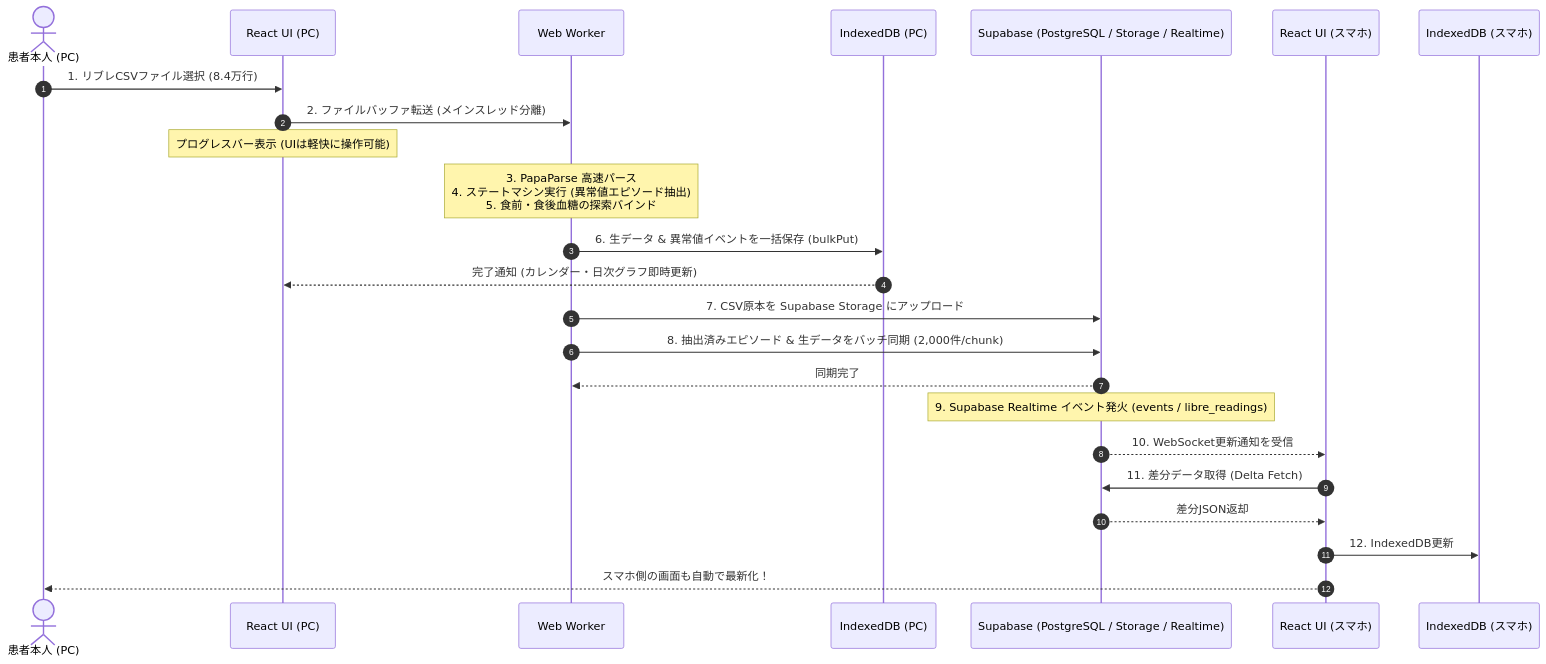
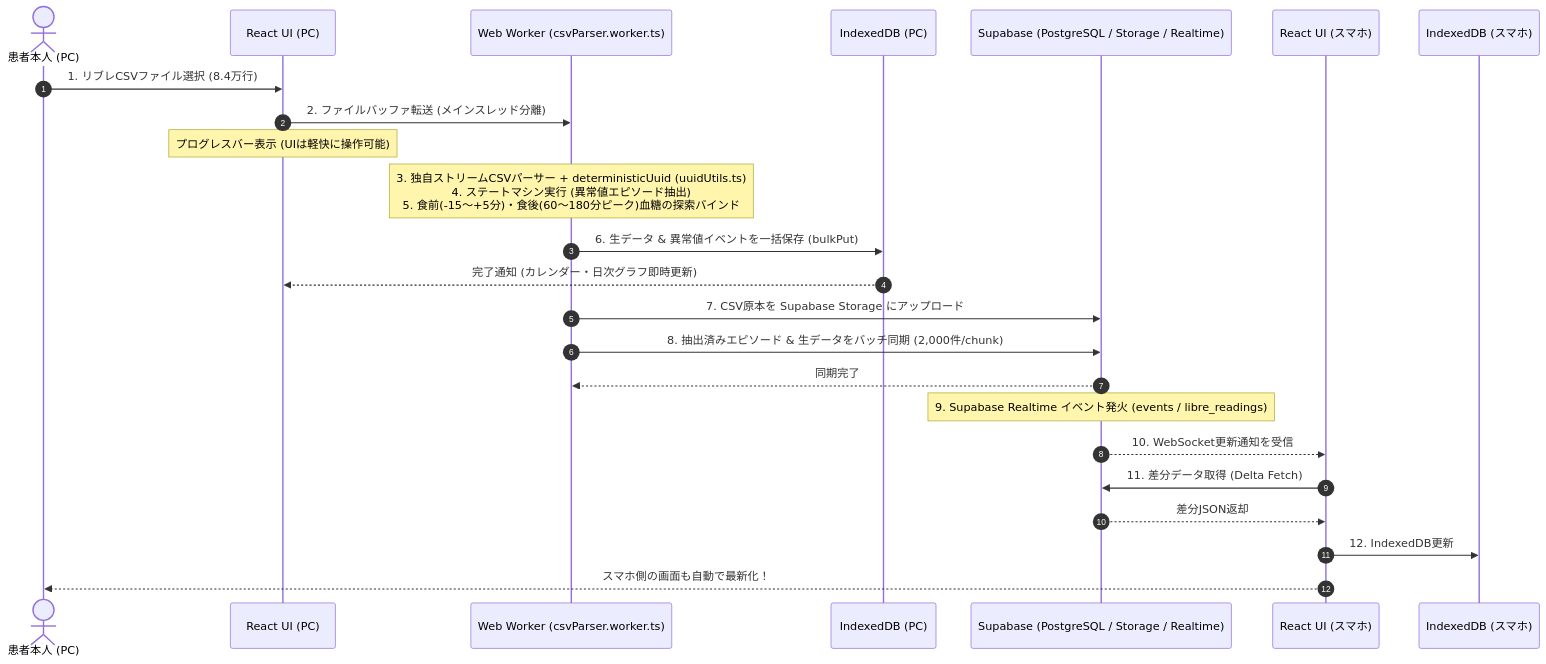
One commit to inzm/cgm-diabetes-manager-demo changed the third of 4 diagrams in docs/Web_Project/diagrams/SEQUENCE_AND_ERD.md. Above: the diagram before and after it, drawn with Mermaid. The commit also changed other lines of this file and 26 other files, not shown here.

````diff
--- a/docs/Web_Project/diagrams/SEQUENCE_AND_ERD.md
+++ b/docs/Web_Project/diagrams/SEQUENCE_AND_ERD.md
@@ -170,31 +171,31 @@
 ```mermaid
 sequenceDiagram
     autonumber
     actor Patient as 患者本人 (PC)
     participant UI_PC as React UI (PC)
-    participant Worker as Web Worker
+    participant Worker as Web Worker (csvParser.worker.ts)
     participant LocalDB_PC as IndexedDB (PC)
     participant Supabase as Supabase (PostgreSQL / Storage / Realtime)
     participant UI_Mobile as React UI (スマホ)
     participant LocalDB_Mobile as IndexedDB (スマホ)
 
     Patient->>UI_PC: 1. リブレCSVファイル選択 (8.4万行)
     UI_PC->>Worker: 2. ファイルバッファ転送 (メインスレッド分離)
     Note over UI_PC: プログレスバー表示 (UIは軽快に操作可能)
 
-    Note over Worker: 3. PapaParse 高速パース<br/>4. ステートマシン実行 (異常値エピソード抽出)<br/>5. 食前・食後血糖の探索バインド
+    Note over Worker: 3. 独自ストリームCSVパーサー + deterministicUuid (uuidUtils.ts)<br/>4. ステートマシン実行 (異常値エピソード抽出)<br/>5. 食前(-15〜+5分)・食後(60〜180分ピーク)血糖の探索バインド
 
     Worker->>LocalDB_PC: 6. 生データ & 異常値イベントを一括保存 (bulkPut)
     LocalDB_PC-->>UI_PC: 完了通知 (カレンダー・日次グラフ即時更新)
 
     Worker->>Supabase: 7. CSV原本を Supabase Storage にアップロード
     Worker->>Supabase: 8. 抽出済みエピソード & 生データをバッチ同期 (2,000件/chunk)
     Supabase-->>Worker: 同期完了
 
     Note over Supabase: 9. Supabase Realtime イベント発火 (events / libre_readings)
     Supabase-->>UI_Mobile: 10. WebSocket更新通知を受信
     UI_Mobile->>Supabase: 11. 差分データ取得 (Delta Fetch)
     Supabase-->>UI_Mobile: 差分JSON返却
     UI_Mobile->>LocalDB_Mobile: 12. IndexedDB更新
     UI_Mobile-->>Patient: スマホ側の画面も自動で最新化！
 ```
````
